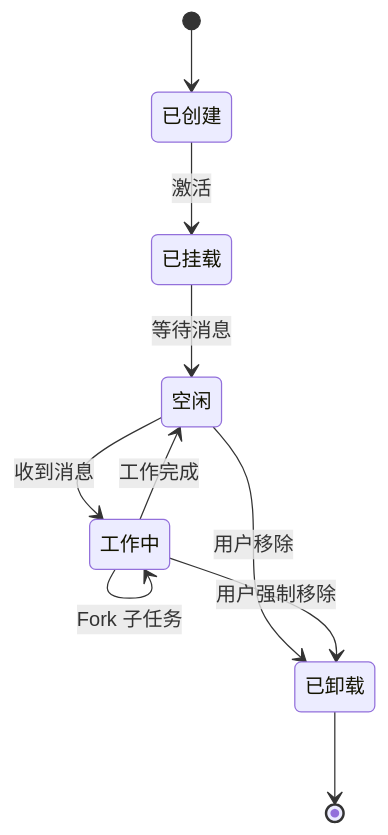
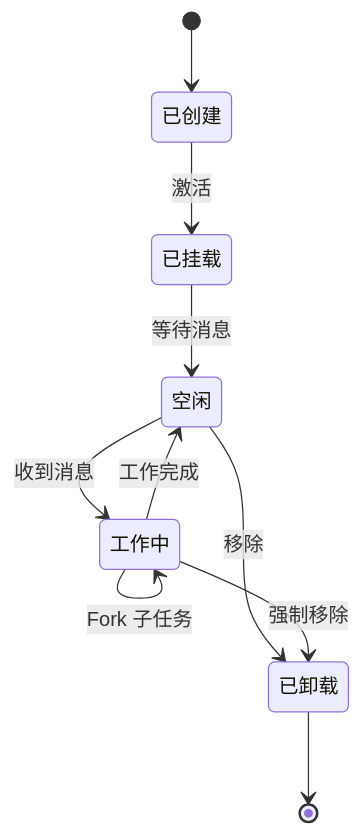
One commit to chongyi/virtual-team-architecture changed the fifth of 5 diagrams in virtual-team/src/02-core-concepts.md. Above: the diagram before and after it, drawn with Mermaid. The commit also changed other lines of this file and 10 other files, not shown here.

````diff
--- a/virtual-team/src/02-core-concepts.md
+++ b/virtual-team/src/02-core-concepts.md
@@ -137,12 +225,12 @@
 ```mermaid
 stateDiagram-v2
     [*] --> 已创建
     已创建 --> 已挂载 : 激活
     已挂载 --> 空闲 : 等待消息
     空闲 --> 工作中 : 收到消息
     工作中 --> 空闲 : 工作完成
     工作中 --> 工作中 : Fork 子任务
-    空闲 --> 已卸载 : 用户移除
-    工作中 --> 已卸载 : 用户强制移除
+    空闲 --> 已卸载 : 移除
+    工作中 --> 已卸载 : 强制移除
     已卸载 --> [*]
 ```
````
